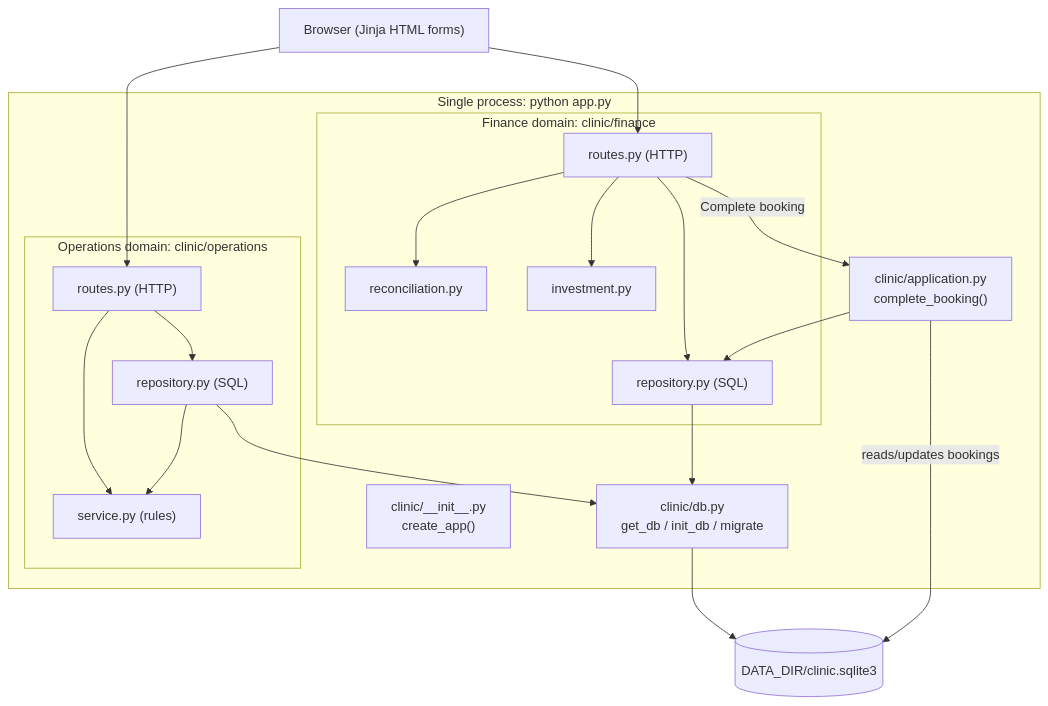
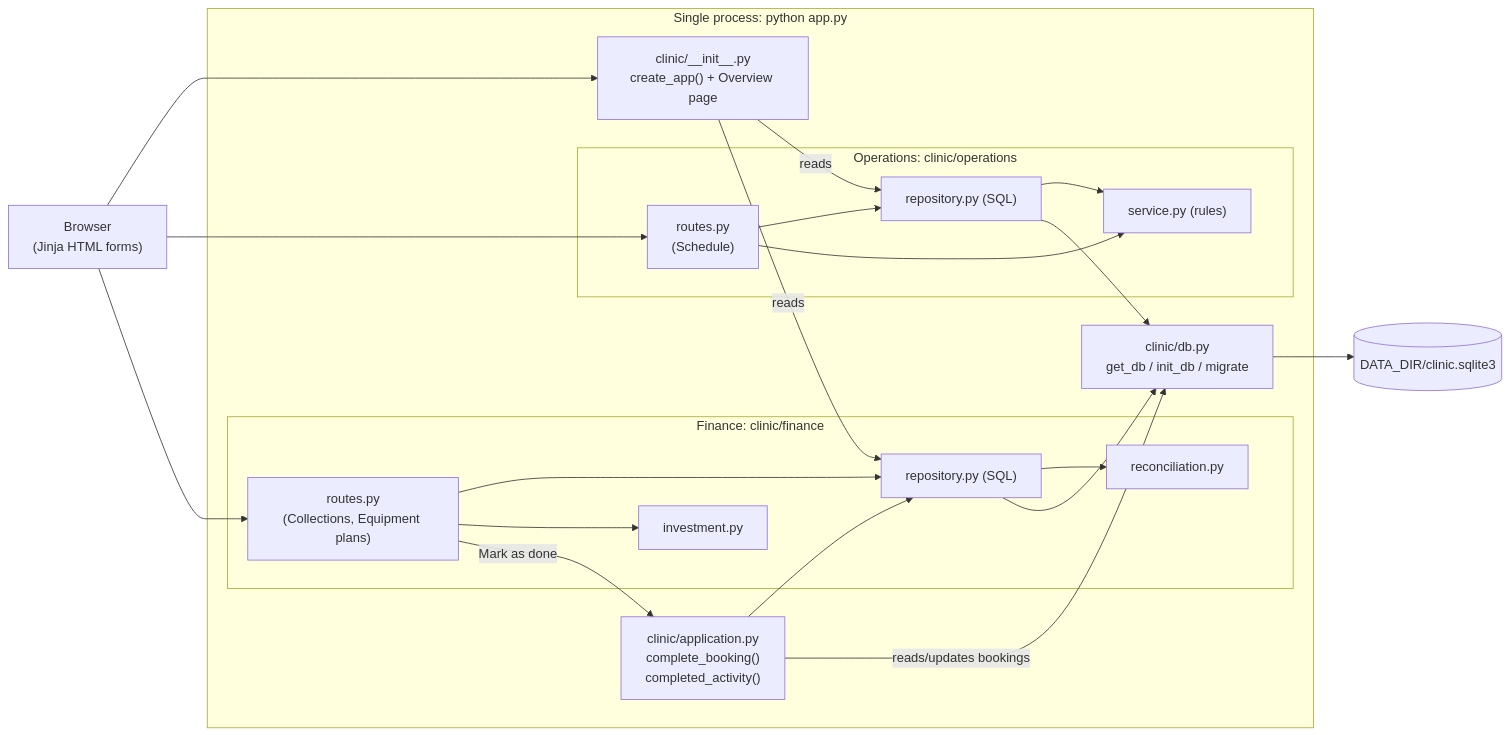
Before and after one commit to alejandroserranosanchez/Medic: the first of 2 diagrams in docs/report.md, drawn with Mermaid. The commit also changed other lines of this file and 1 other file, not shown here.

Commit message:
docs: align AI usage log and report with the brief's format and actual schema

````diff
--- a/docs/report.md
+++ b/docs/report.md
@@ -85,29 +58,32 @@
 ```mermaid
-flowchart TB
-    Browser["Browser (Jinja HTML forms)"]
+flowchart LR
+    Browser["Browser<br/>(Jinja HTML forms)"]
     subgraph Process["Single process: python app.py"]
-        Factory["clinic/__init__.py<br/>create_app()"]
-        subgraph OPS["Operations domain: clinic/operations"]
-            OR["routes.py (HTTP)"] --> OSV["service.py (rules)"]
-            OR --> ORP["repository.py (SQL)"]
+        Factory["clinic/__init__.py<br/>create_app() + Overview page"]
+        subgraph OPS["Operations: clinic/operations"]
+            OR["routes.py<br/>(Schedule)"] --> ORP["repository.py (SQL)"]
+            OR --> OSV["service.py (rules)"]
             ORP --> OSV
         end
-        subgraph FIN["Finance domain: clinic/finance"]
-            FR["routes.py (HTTP)"] --> FREC["reconciliation.py"]
+        APP["clinic/application.py<br/>complete_booking()<br/>completed_activity()"]
+        subgraph FIN["Finance: clinic/finance"]
+            FR["routes.py<br/>(Collections, Equipment plans)"] --> FRP["repository.py (SQL)"]
             FR --> FINV["investment.py"]
-            FR --> FRP["repository.py (SQL)"]
+            FRP --> FREC["reconciliation.py"]
         end
-        APP["clinic/application.py<br/>complete_booking()"]
         DB["clinic/db.py<br/>get_db / init_db / migrate"]
     end
     SQLite[("DATA_DIR/clinic.sqlite3")]
 
+    Browser --> Factory
     Browser --> OR
     Browser --> FR
-    FR -->|"Complete booking"| APP
+    Factory -->|"reads"| ORP
+    Factory -->|"reads"| FRP
+    FR -->|"Mark as done"| APP
     APP --> FRP
-    APP -->|"reads/updates bookings"| SQLite
+    APP -->|"reads/updates bookings"| DB
     ORP --> DB
     FRP --> DB
     DB --> SQLite
 ```
````
